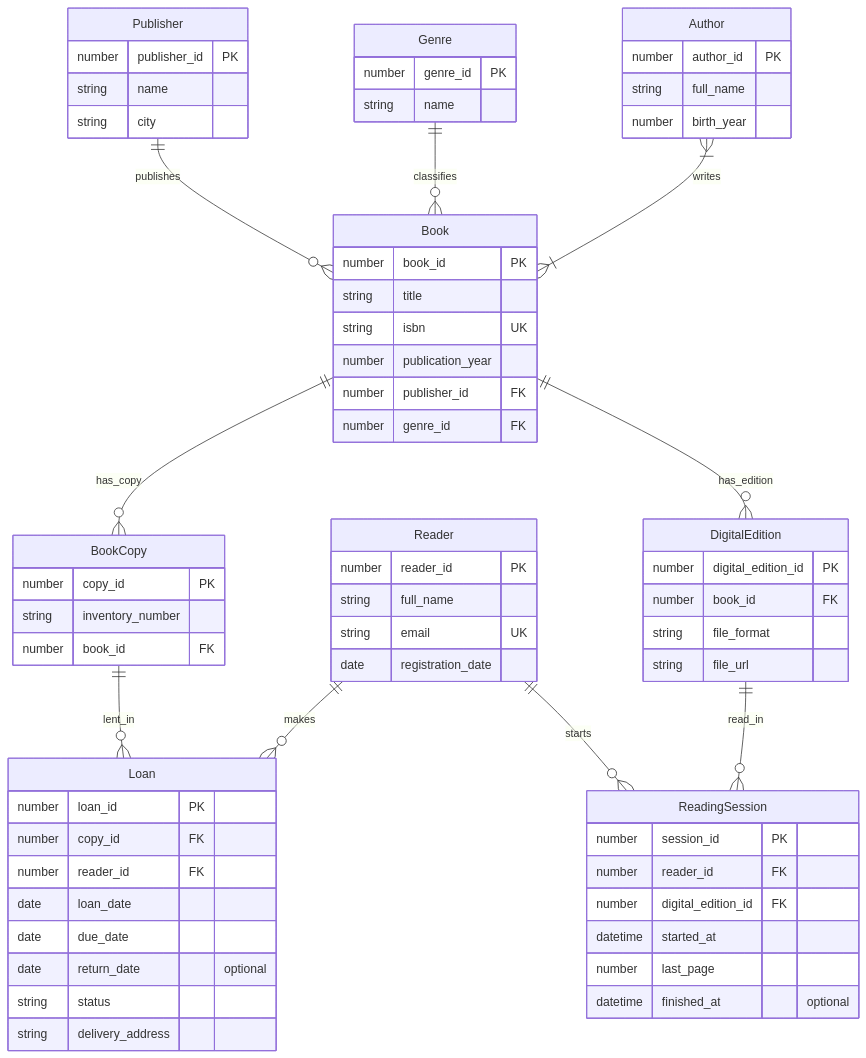
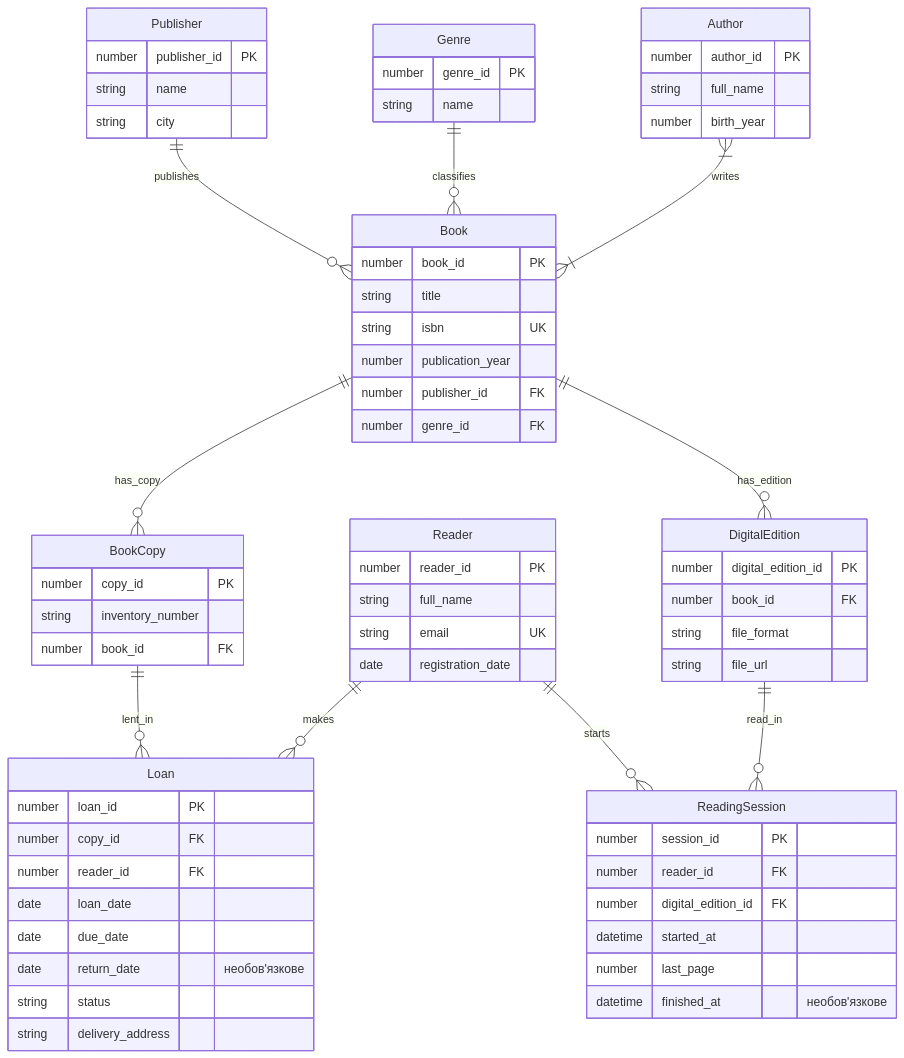
One commit to Alina-Sit/kpi changed the diagram in lab 1/model/er-model.mmd. Above: the diagram before and after it, drawn with Mermaid. The commit also changed 2 other files, not shown here.

```diff
--- a/lab 1/model/er-model.mmd
+++ b/lab 1/model/er-model.mmd
@@ -1,76 +1,76 @@
 erDiagram
     Publisher ||--o{ Book : publishes
     Genre ||--o{ Book : classifies
     Author }|--|{ Book : writes
     Book ||--o{ BookCopy : has_copy
     Book ||--o{ DigitalEdition : has_edition
     BookCopy ||--o{ Loan : lent_in
     Reader ||--o{ Loan : makes
     Reader ||--o{ ReadingSession : starts
     DigitalEdition ||--o{ ReadingSession : read_in
 
     Author {
         number author_id PK
         string full_name
         number birth_year
     }
 
     Publisher {
         number publisher_id PK
         string name
         string city
     }
 
     Genre {
         number genre_id PK
         string name
     }
 
     Book {
         number book_id PK
         string title
         string isbn UK
         number publication_year
         number publisher_id FK
         number genre_id FK
     }
 
     BookCopy {
         number copy_id PK
         string inventory_number
         number book_id FK
     }
 
     DigitalEdition {
         number digital_edition_id PK
         number book_id FK
         string file_format
         string file_url
     }
 
     Reader {
         number reader_id PK
         string full_name
         string email UK
         date registration_date
     }
 
     Loan {
         number loan_id PK
         number copy_id FK
         number reader_id FK
         date loan_date
         date due_date
-        date return_date "optional"
+        date return_date "необов'язкове"
         string status
         string delivery_address
     }
 
     ReadingSession {
         number session_id PK
         number reader_id FK
         number digital_edition_id FK
         datetime started_at
         number last_page
-        datetime finished_at "optional"
+        datetime finished_at "необов'язкове"
     }
```
